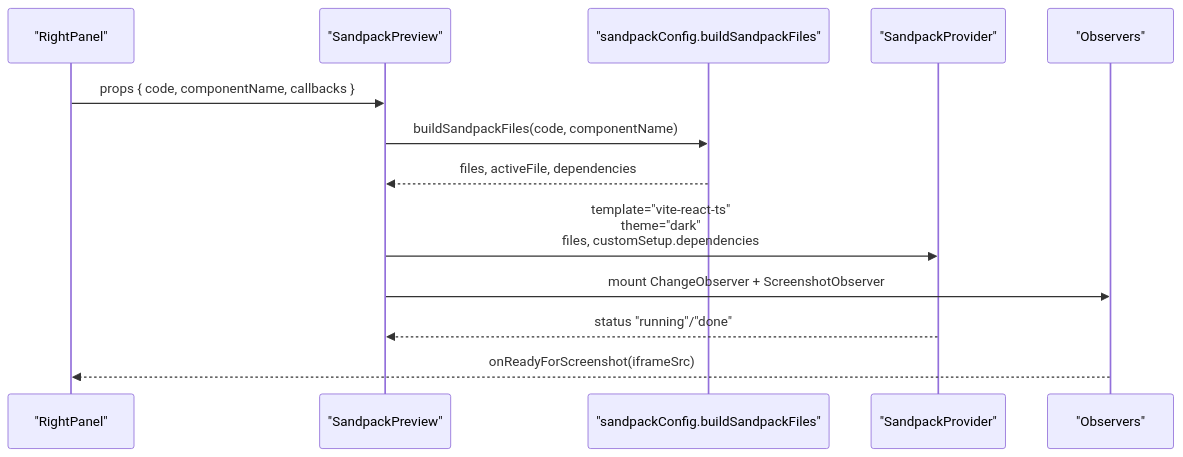
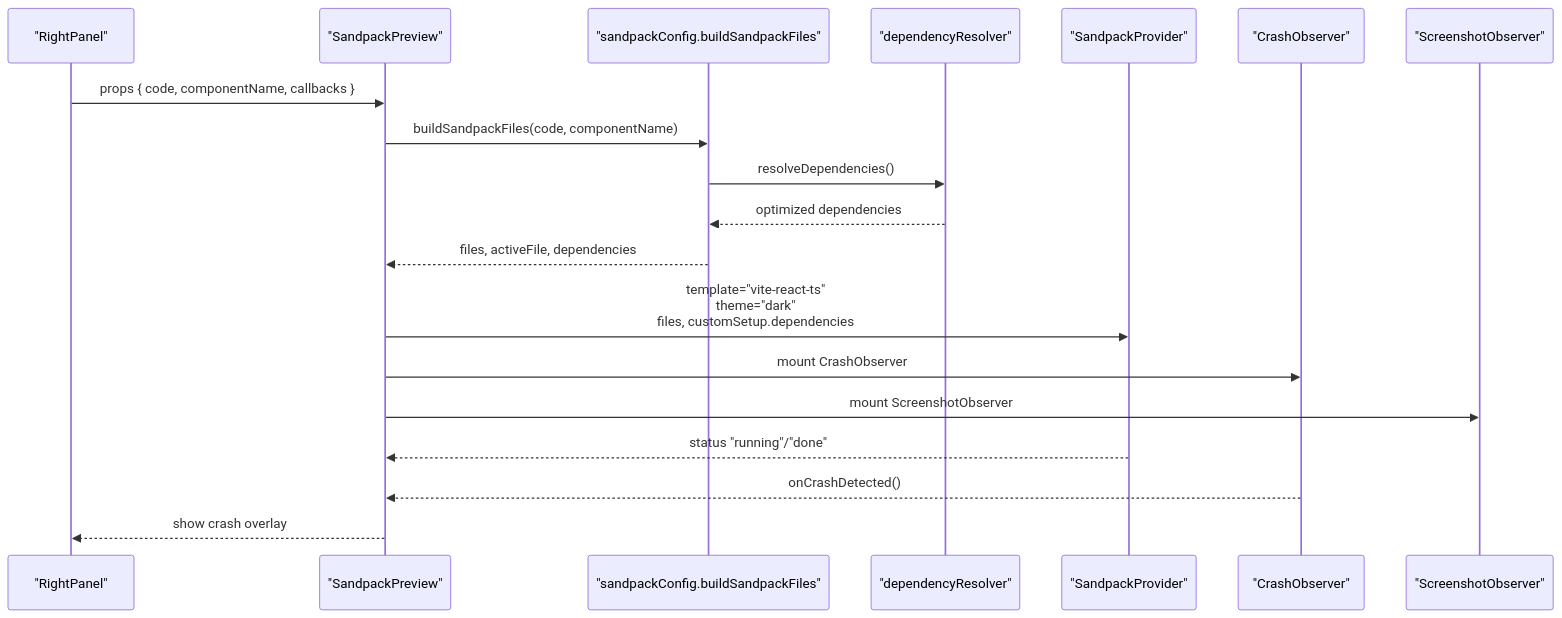
One commit to shekhargiri005-dotcom/AI-powered-accessibility-first-UI-engine changed the second of 8 diagrams in .qoder/repowiki/en/content/Live Preview & Development Tools/Sandpack Integration.md. Above: the diagram before and after it, drawn with Mermaid. The commit also changed other lines of this file and 32 other files, not shown here.

````diff
--- a/.qoder/repowiki/en/content/Live Preview & Development Tools/Sandpack Integration.md
+++ b/.qoder/repowiki/en/content/Live Preview & Development Tools/Sandpack Integration.md
@@ -104,15 +115,21 @@
 ```mermaid
 sequenceDiagram
 participant Panel as "RightPanel"
 participant Preview as "SandpackPreview"
 participant Config as "sandpackConfig.buildSandpackFiles"
+participant Resolver as "dependencyResolver"
 participant Sandpack as "SandpackProvider"
-participant Obs as "Observers"
+participant CrashObs as "CrashObserver"
+participant ScreenshotObs as "ScreenshotObserver"
 Panel->>Preview : props { code, componentName, callbacks }
 Preview->>Config : buildSandpackFiles(code, componentName)
+Config->>Resolver : resolveDependencies()
+Resolver-->>Config : optimized dependencies
 Config-->>Preview : files, activeFile, dependencies
 Preview->>Sandpack : template="vite-react-ts"<br/>theme="dark"<br/>files, customSetup.dependencies
-Preview->>Obs : mount ChangeObserver + ScreenshotObserver
+Preview->>CrashObs : mount CrashObserver
+Preview->>ScreenshotObs : mount ScreenshotObserver
 Sandpack-->>Preview : status "running"/"done"
-Obs-->>Panel : onReadyForScreenshot(iframeSrc)
+CrashObs-->>Preview : onCrashDetected()
+Preview-->>Panel : show crash overlay
 ```
````
